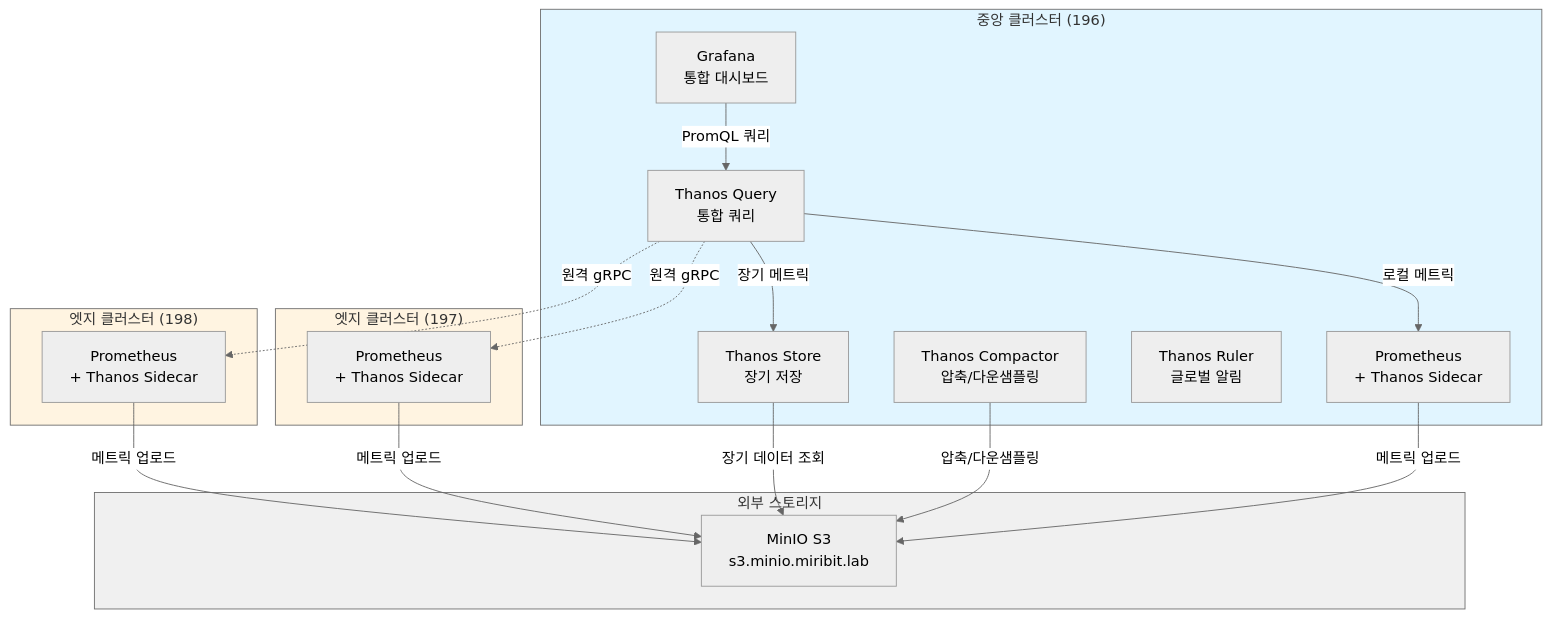
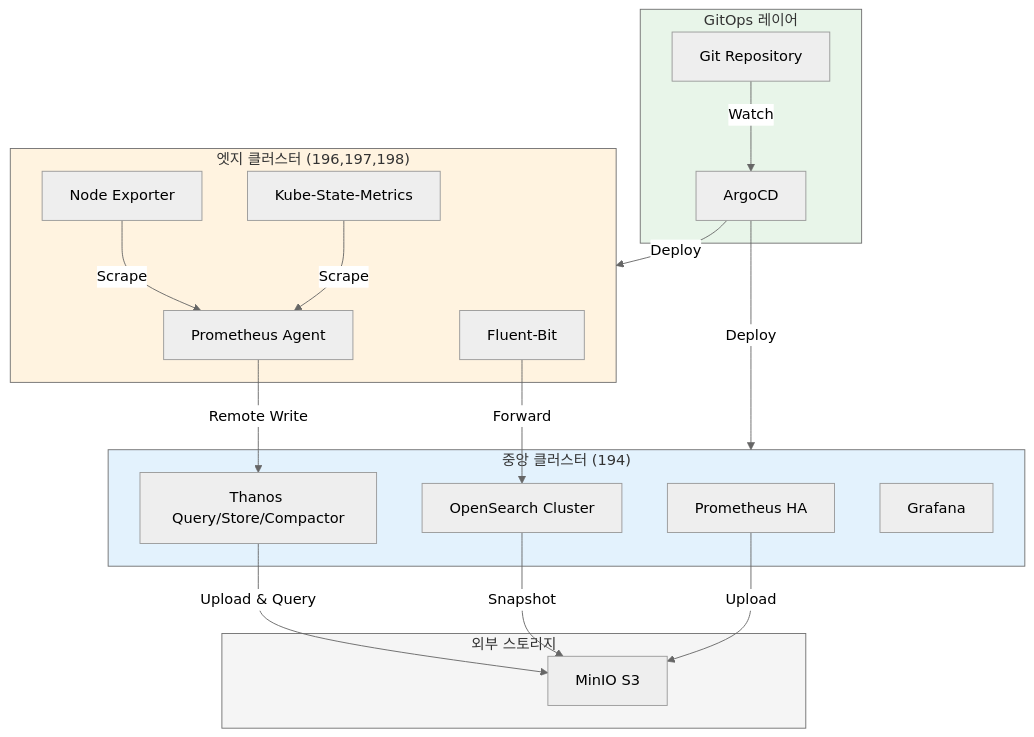
Before and after one commit to kronenz/prometheua-HA-kustomize: the first of 2 diagrams in README.md, drawn with Mermaid (neutral theme). The commit also changed other lines of this file and 124 other files, not shown here.

First line of the commit message:
feat: Complete GitOps infrastructure with ArgoCD and Gitea

````diff
--- a/README.md
+++ b/README.md
@@ -7,42 +30,42 @@
 ```mermaid
 graph TB
-    subgraph Central["중앙 클러스터 (196)"]
-        TQ[Thanos Query<br/>통합 쿼리]
-        TS[Thanos Store<br/>장기 저장]
-        TC[Thanos Compactor<br/>압축/다운샘플링]
-        TR[Thanos Ruler<br/>글로벌 알림]
-        P196[Prometheus<br/>+ Thanos Sidecar]
-        G196[Grafana<br/>통합 대시보드]
+    subgraph GitOps["GitOps 레이어"]
+        GIT[Git Repository]
+        ARGOCD[ArgoCD]
     end
 
-    subgraph Edge197["엣지 클러스터 (197)"]
-        P197[Prometheus<br/>+ Thanos Sidecar]
+    subgraph Central["중앙 클러스터 (194)"]
+        PROM[Prometheus HA]
+        THANOS[Thanos Query/Store/Compactor]
+        OS[OpenSearch Cluster]
+        GRAF[Grafana]
     end
 
-    subgraph Edge198["엣지 클러스터 (198)"]
-        P198[Prometheus<br/>+ Thanos Sidecar]
+    subgraph Edge["엣지 클러스터 (196,197,198)"]
+        AGENT[Prometheus Agent]
+        NE[Node Exporter]
+        KSM[Kube-State-Metrics]
+        FBE[Fluent-Bit]
     end
 
     subgraph Storage["외부 스토리지"]
-        S3[MinIO S3<br/>s3.minio.miribit.lab]
+        S3[MinIO S3]
     end
 
-    P196 -->|메트릭 업로드| S3
-    P197 -->|메트릭 업로드| S3
-    P198 -->|메트릭 업로드| S3
+    GIT -->|Watch| ARGOCD
+    ARGOCD -->|Deploy| Central
+    ARGOCD -->|Deploy| Edge
 
-    TS -->|장기 데이터 조회| S3
-    TC -->|압축/다운샘플링| S3
+    NE -->|Scrape| AGENT
+    KSM -->|Scrape| AGENT
+    AGENT -->|Remote Write| THANOS
+    PROM -->|Upload| S3
+    THANOS -->|Upload & Query| S3
+    FBE -->|Forward| OS
+    OS -->|Snapshot| S3
 
-    TQ -->|로컬 메트릭| P196
-    TQ -->|장기 메트릭| TS
-    TQ -.->|원격 gRPC| P197
-    TQ -.->|원격 gRPC| P198
-
-    G196 -->|PromQL 쿼리| TQ
-
-    style Central fill:#e1f5ff
-    style Edge197 fill:#fff4e1
-    style Edge198 fill:#fff4e1
-    style Storage fill:#f0f0f0
+    style GitOps fill:#e8f5e9
+    style Central fill:#e3f2fd
+    style Edge fill:#fff3e0
+    style Storage fill:#f5f5f5
 ```
````
